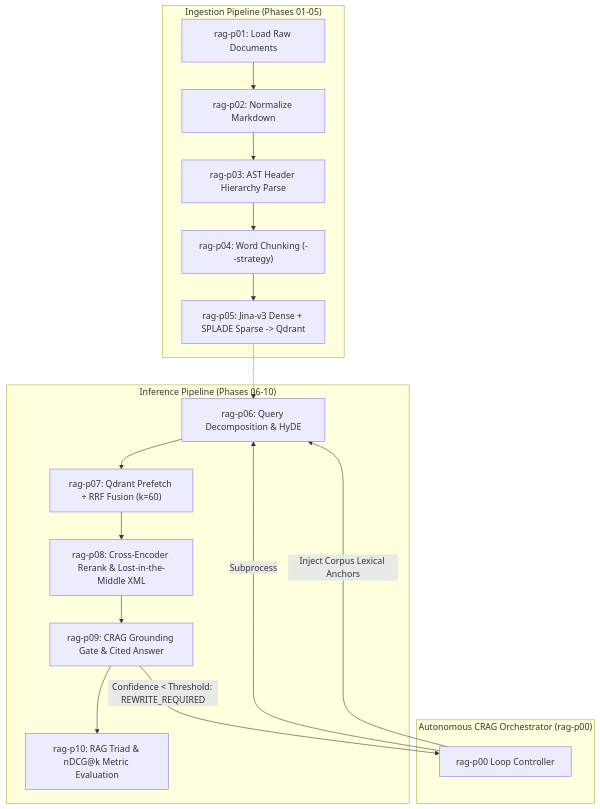
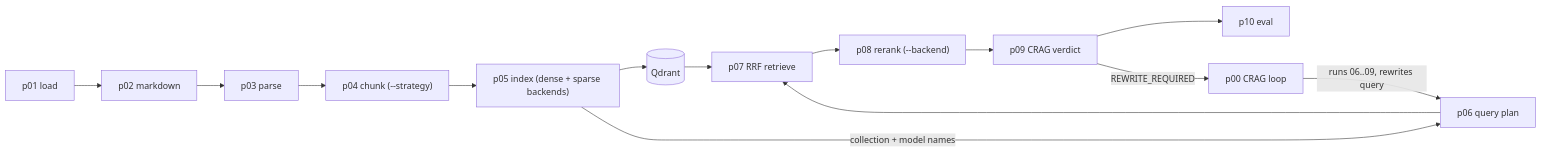
One commit to zautke/phase-rag-cli changed the diagram in README.md. Above: the diagram before and after it, drawn with Mermaid. The commit also changed other lines of this file and 5 other files, not shown here.

First line of the commit message:
docs: plugin seams in README/MANUAL/AGENTS/UML

````diff
--- a/README.md
+++ b/README.md
@@ -60,24 +15,10 @@
 ```mermaid
-flowchart TD
-    subgraph Ingestion["Ingestion Pipeline (Phases 01-05)"]
-        P01["rag-p01: Load Raw Documents"] --> P02["rag-p02: Normalize Markdown"]
-        P02 --> P03["rag-p03: AST Header Hierarchy Parse"]
-        P03 --> P04["rag-p04: Word Chunking (--strategy)"]
-        P04 --> P05["rag-p05: Jina-v3 Dense + SPLADE Sparse -> Qdrant"]
-    end
-
-    subgraph QueryRAG["Inference Pipeline (Phases 06-10)"]
-        P05 -.-> P06["rag-p06: Query Decomposition & HyDE"]
-        P06 --> P07["rag-p07: Qdrant Prefetch + RRF Fusion (k=60)"]
-        P07 --> P08["rag-p08: Cross-Encoder Rerank & Lost-in-the-Middle XML"]
-        P08 --> P09["rag-p09: CRAG Grounding Gate & Cited Answer"]
-        P09 --> P10["rag-p10: RAG Triad & nDCG@k Metric Evaluation"]
-    end
-
-    subgraph CRAGLoop["Autonomous CRAG Orchestrator (rag-p00)"]
-        P00["rag-p00 Loop Controller"]
-        P00 -->|Subprocess| P06
-        P09 -->|Confidence < Threshold: REWRITE_REQUIRED| P00
-        P00 -->|Inject Corpus Lexical Anchors| P06
-    end
+flowchart LR
+    P01[p01 load] --> P02[p02 markdown] --> P03[p03 parse] --> P04["p04 chunk (--strategy)"]
+    P04 --> P05["p05 index (dense + sparse backends)"]
+    P05 --> Q[(Qdrant)]
+    P05 -- collection + model names --> P06[p06 query plan] --> P07[p07 RRF retrieve] --> P08["p08 rerank (--backend)"] --> P09[p09 CRAG verdict] --> P10[p10 eval]
+    Q --> P07
+    P00[p00 CRAG loop] -- runs 06..09, rewrites query --> P06
+    P09 -- REWRITE_REQUIRED --> P00
 ```
````
